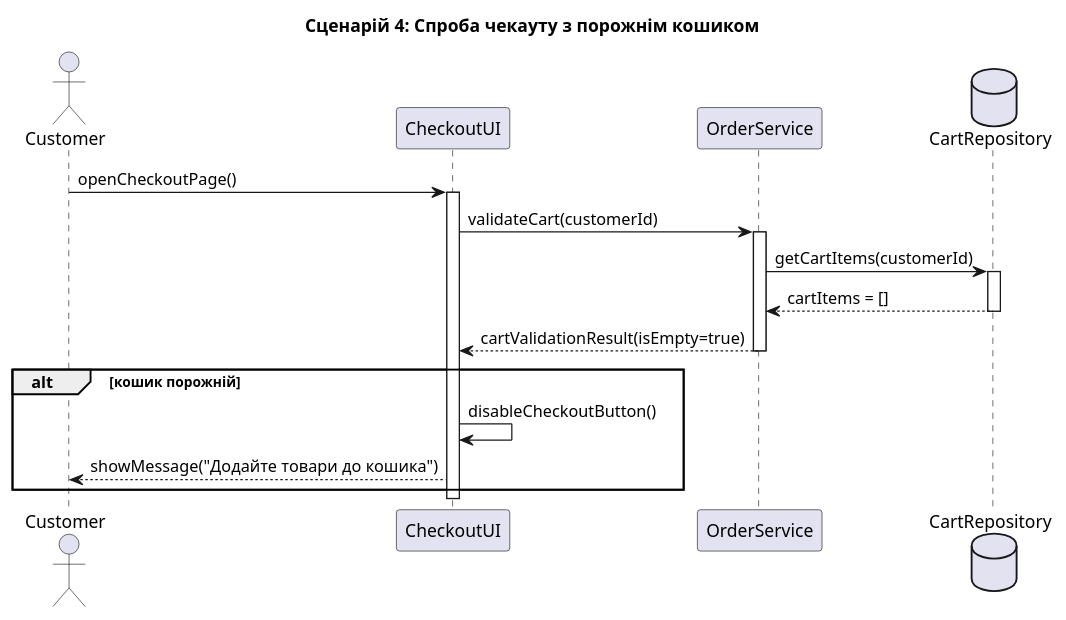
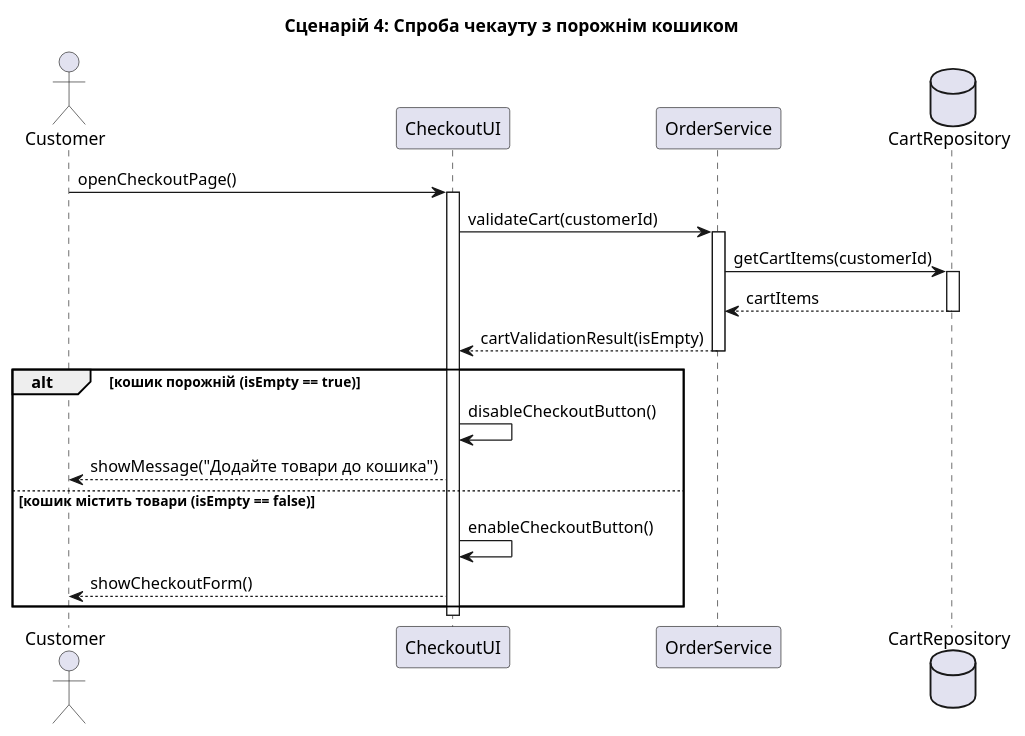
Before and after one commit to thefvl1s/KPI: the diagram in LAB3/scenario4_empty_cart.puml, drawn with PlantUML. The commit also changed 2 other files, not shown here.

Commit message:
enforce UML opt/alt semantics in scenarios 2 and 4

```diff
--- a/LAB3/scenario4_empty_cart.puml
+++ b/LAB3/scenario4_empty_cart.puml
@@ -1,29 +1,32 @@
 @startuml
 title Сценарій 4: Спроба чекауту з порожнім кошиком
 
 actor Customer
 participant CheckoutUI
 participant OrderService
 database CartRepository
 
 Customer -> CheckoutUI: openCheckoutPage()
 activate CheckoutUI
 
 CheckoutUI -> OrderService: validateCart(customerId)
 activate OrderService
 
 OrderService -> CartRepository: getCartItems(customerId)
 activate CartRepository
-CartRepository --> OrderService: cartItems = []
+CartRepository --> OrderService: cartItems
 deactivate CartRepository
 
-OrderService --> CheckoutUI: cartValidationResult(isEmpty=true)
+OrderService --> CheckoutUI: cartValidationResult(isEmpty)
 deactivate OrderService
 
-alt кошик порожній
+alt кошик порожній (isEmpty == true)
   CheckoutUI -> CheckoutUI: disableCheckoutButton()
   CheckoutUI --> Customer: showMessage("Додайте товари до кошика")
+else кошик містить товари (isEmpty == false)
+  CheckoutUI -> CheckoutUI: enableCheckoutButton()
+  CheckoutUI --> Customer: showCheckoutForm()
 end
 
 deactivate CheckoutUI
 @enduml
```
